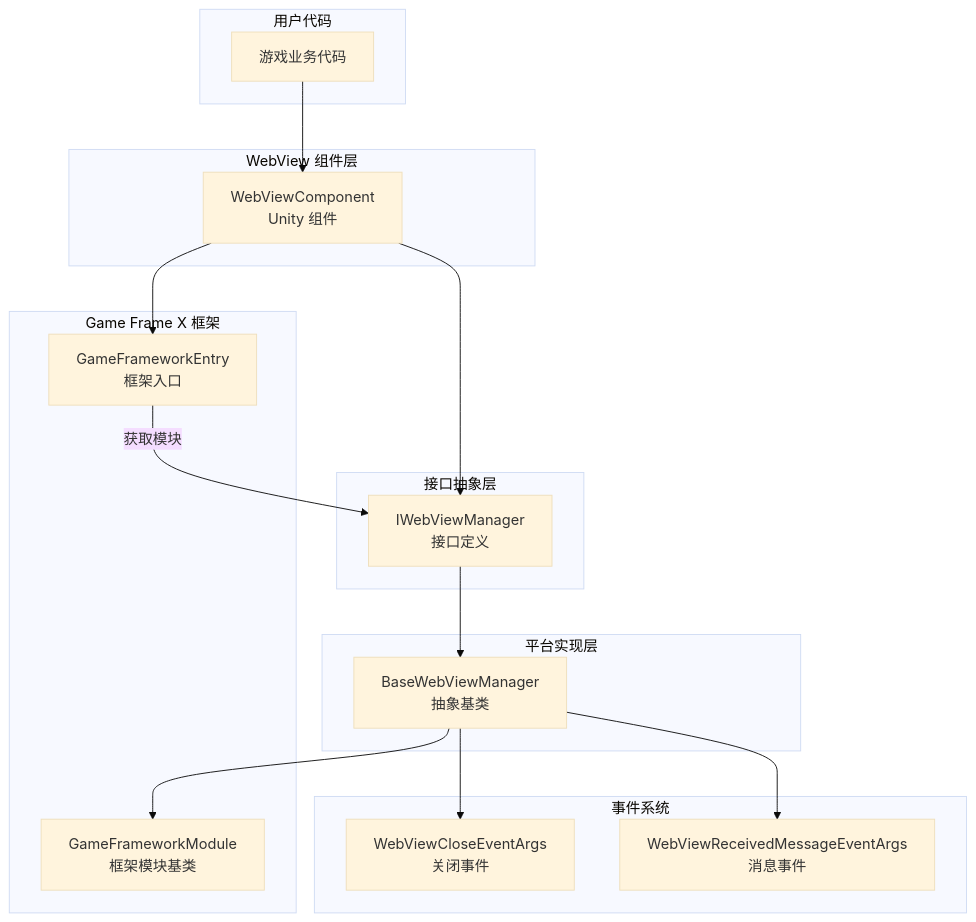
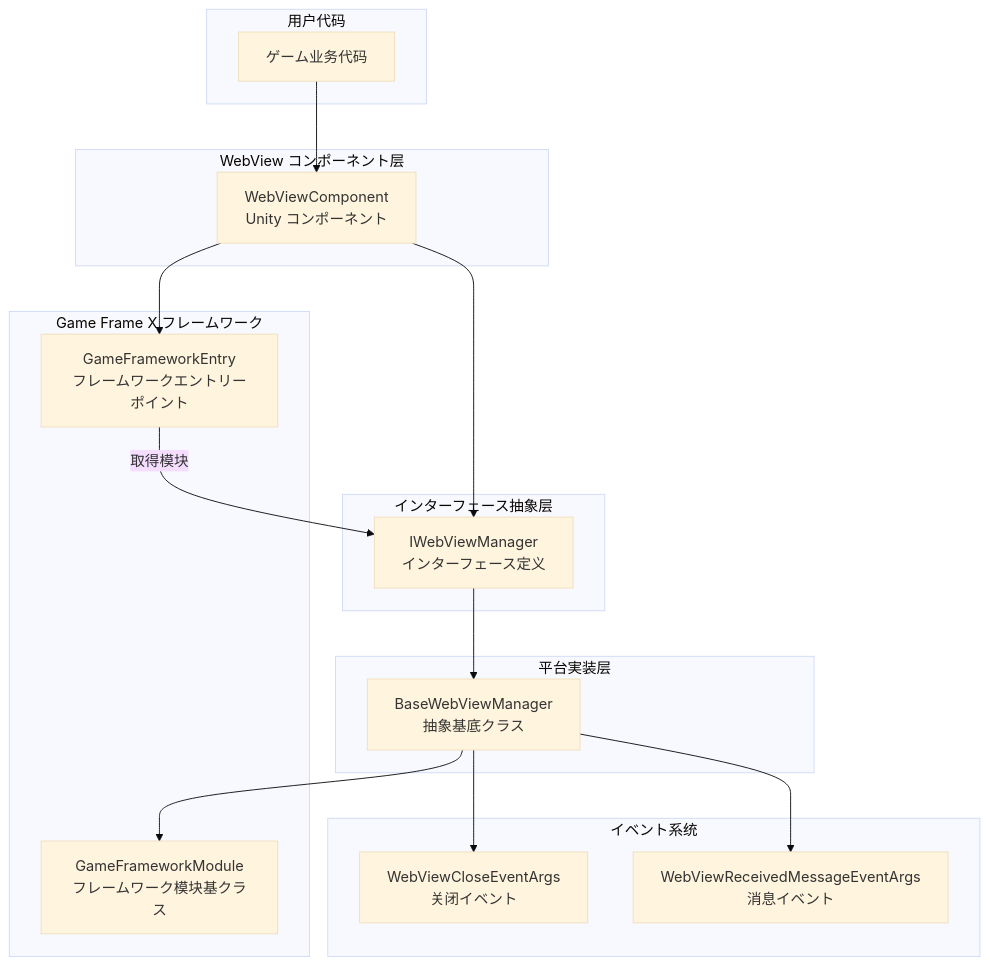
One commit to AlianBlank/GameFrameX.Docs changed the first of 3 diagrams in docs/ja/client/unity/component/webview/01.overview.md. Above: the diagram before and after it, drawn with Mermaid (base theme). The commit also changed other lines of this file and 603 other files, not shown here.

````diff
--- a/docs/ja/client/unity/component/webview/01.overview.md
+++ b/docs/ja/client/unity/component/webview/01.overview.md
@@ -26,37 +26,37 @@
 ```mermaid
 flowchart TD
     subgraph 用户层["用户代码"]
-        UserCode["游戏业务代码"]
+        UserCode["ゲーム业务代码"]
     end
 
-    subgraph 组件层["WebView 组件层"]
-        WebViewComponent["WebViewComponent<br/>Unity 组件"]
+    subgraph コンポーネント层["WebView コンポーネント层"]
+        WebViewComponent["WebViewComponent<br/>Unity コンポーネント"]
     end
 
-    subgraph 接口层["接口抽象层"]
-        IWebViewManager["IWebViewManager<br/>接口定义"]
+    subgraph インターフェース层["インターフェース抽象层"]
+        IWebViewManager["IWebViewManager<br/>インターフェース定义"]
     end
 
-    subgraph 实现层["平台实现层"]
-        BaseWebViewManager["BaseWebViewManager<br/>抽象基类"]
+    subgraph 実装层["平台実装层"]
+        BaseWebViewManager["BaseWebViewManager<br/>抽象基底クラス"]
     end
 
-    subgraph 框架层["Game Frame X 框架"]
-        GameFrameworkModule["GameFrameworkModule<br/>框架模块基类"]
-        GameFrameworkEntry["GameFrameworkEntry<br/>框架入口"]
+    subgraph フレームワーク层["Game Frame X フレームワーク"]
+        GameFrameworkModule["GameFrameworkModule<br/>フレームワーク模块基クラス"]
+        GameFrameworkEntry["GameFrameworkEntry<br/>フレームワークエントリーポイント"]
     end
 
-    subgraph 事件层["事件系统"]
-        WebViewCloseEventArgs["WebViewCloseEventArgs<br/>关闭事件"]
-        WebViewReceivedMessageEventArgs["WebViewReceivedMessageEventArgs<br/>消息事件"]
+    subgraph イベント层["イベント系统"]
+        WebViewCloseEventArgs["WebViewCloseEventArgs<br/>关闭イベント"]
+        WebViewReceivedMessageEventArgs["WebViewReceivedMessageEventArgs<br/>消息イベント"]
     end
 
     UserCode --> WebViewComponent
     WebViewComponent --> IWebViewManager
     IWebViewManager --> BaseWebViewManager
     BaseWebViewManager --> GameFrameworkModule
     WebViewComponent --> GameFrameworkEntry
-    GameFrameworkEntry --> |获取模块| IWebViewManager
+    GameFrameworkEntry --> |取得模块| IWebViewManager
     BaseWebViewManager --> WebViewCloseEventArgs
     BaseWebViewManager --> WebViewReceivedMessageEventArgs
 ```
````
